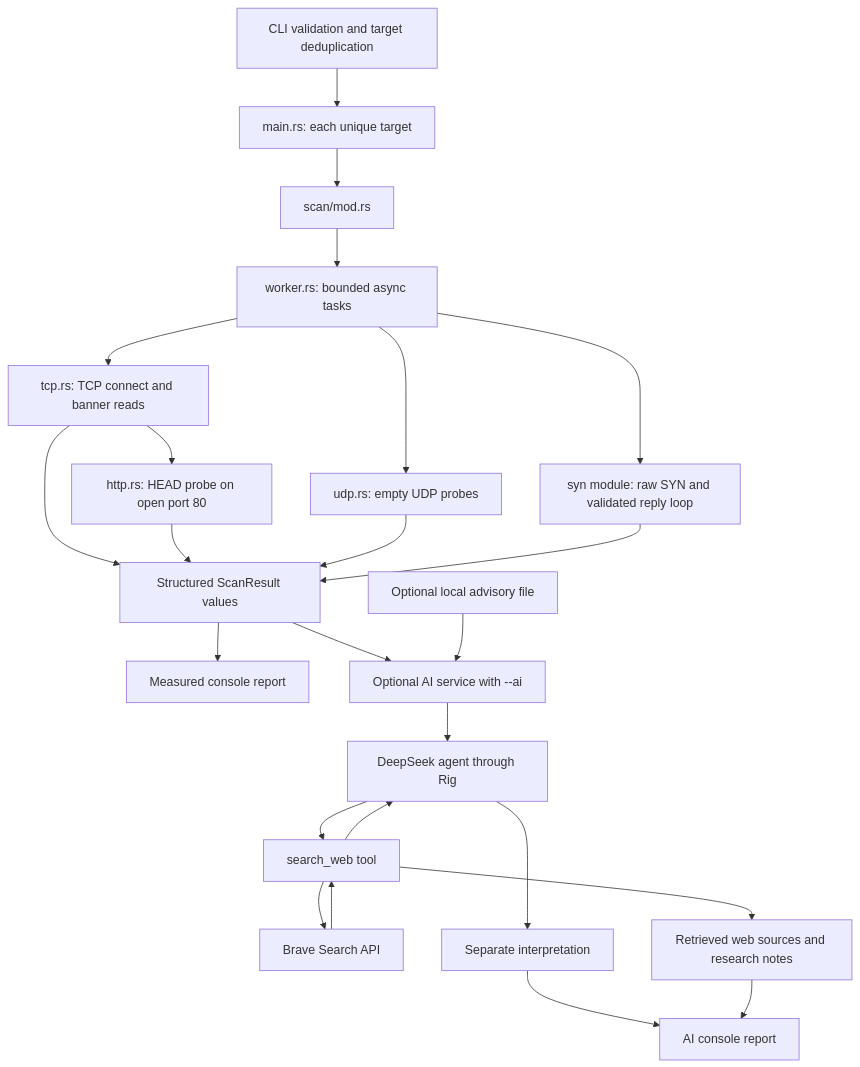
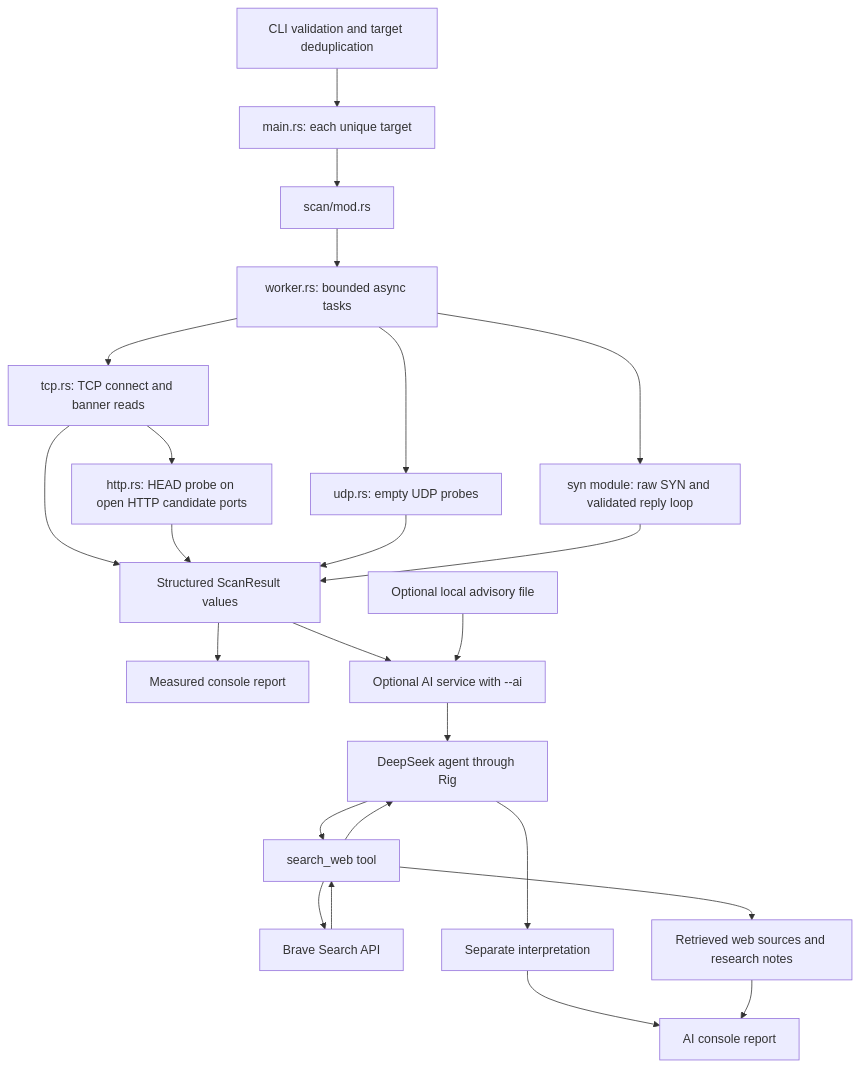
The diagram in docs/architecture.md (frankye961/rmap), drawn with Mermaid before and after one commit. The commit also changed other lines of this file and 12 other files, not shown here.

````diff
--- a/docs/architecture.md
+++ b/docs/architecture.md
@@ -7,26 +11,26 @@
 ```mermaid
 flowchart TD
     CLI[CLI validation and target deduplication] --> Hosts[main.rs: each unique target]
     Hosts --> Entry[scan/mod.rs]
     Entry --> Pool[worker.rs: bounded async tasks]
     Pool --> TCP[tcp.rs: TCP connect and banner reads]
     Pool --> UDP[udp.rs: empty UDP probes]
     Pool --> SYN[syn module: raw SYN and validated reply loop]
-    TCP --> HTTP[http.rs: HEAD probe on open port 80]
+    TCP --> HTTP[http.rs: HEAD probe on open HTTP candidate ports]
     TCP --> Results[Structured ScanResult values]
     HTTP --> Results
     UDP --> Results
     SYN --> Results
     Results --> Report[Measured console report]
     Results --> AI[Optional AI service with --ai]
     Local[Optional local advisory file] --> AI
     AI --> Agent[DeepSeek agent through Rig]
     Agent --> Search[search_web tool]
     Search --> Brave[Brave Search API]
     Brave --> Search
     Search --> Agent
     Agent --> Analysis[Separate interpretation]
     Search --> Evidence[Retrieved web sources and research notes]
     Analysis --> AIReport[AI console report]
     Evidence --> AIReport
 ```
````
